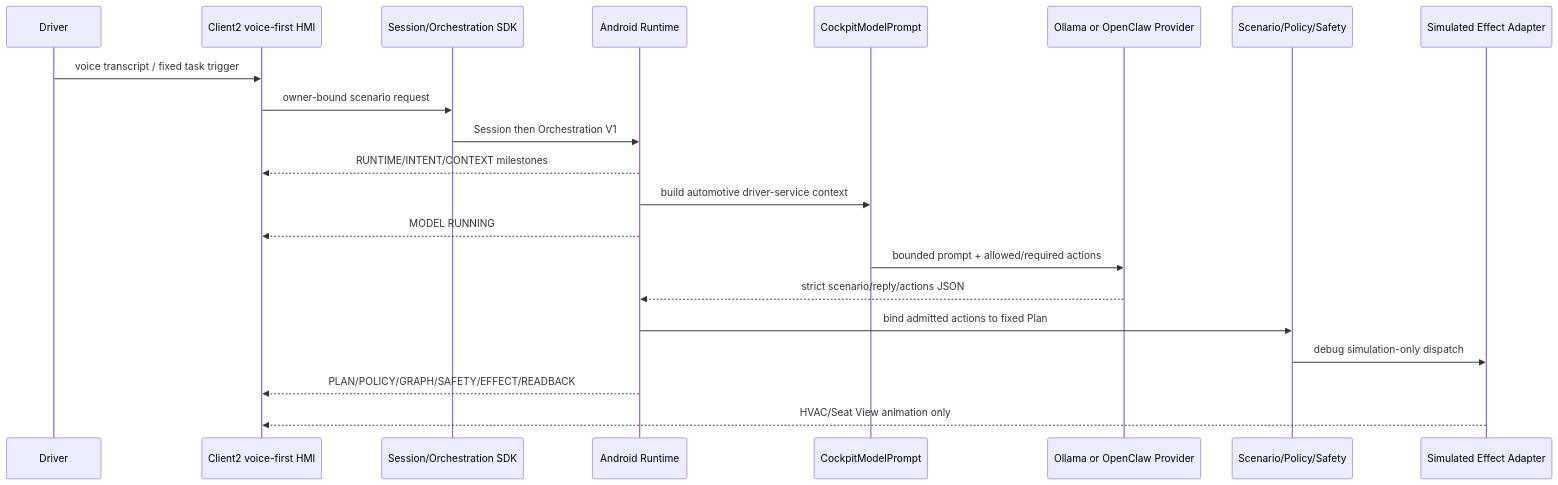
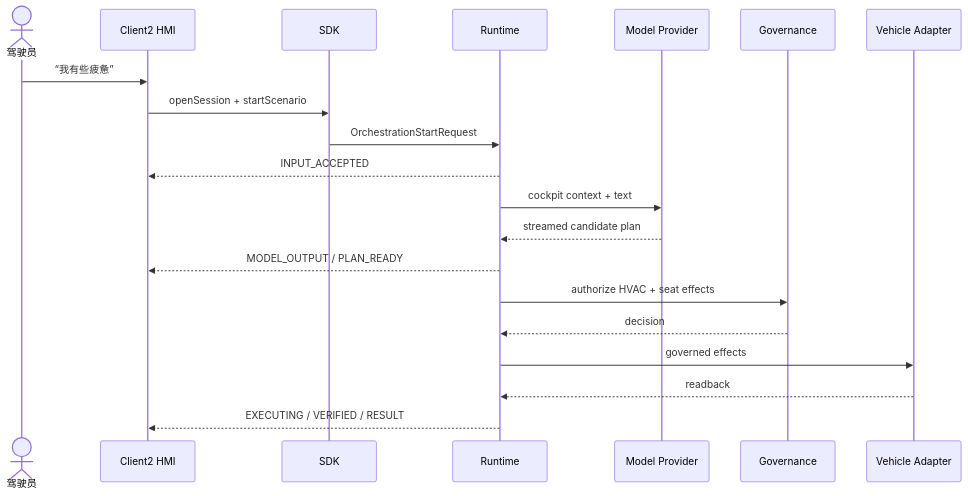
Before and after one commit to LucasWEIchen/CougarOS: the ninth of 15 diagrams in docs/CENTRAL_BRAIN_SOFTWARE_ARCHITECTURE.md, drawn with Mermaid. The commit also changed other lines of this file and 222 other files, not shown here.

````diff
--- a/docs/CENTRAL_BRAIN_SOFTWARE_ARCHITECTURE.md
+++ b/docs/CENTRAL_BRAIN_SOFTWARE_ARCHITECTURE.md
@@ -2113,24 +357,23 @@
 ```mermaid
 sequenceDiagram
-    participant Driver
-    participant HMI as Client2 voice-first HMI
-    participant SDK as Session/Orchestration SDK
-    participant Runtime as Android Runtime
-    participant Context as CockpitModelPrompt
-    participant Model as Ollama or OpenClaw Provider
-    participant Policy as Scenario/Policy/Safety
-    participant Effect as Simulated Effect Adapter
+    actor User as 驾驶员
+    participant H as Client2 HMI
+    participant S as SDK
+    participant R as Runtime
+    participant M as Model Provider
+    participant G as Governance
+    participant A as Vehicle Adapter
 
-    Driver->>HMI: voice transcript / fixed task trigger
-    HMI->>SDK: owner-bound scenario request
-    SDK->>Runtime: Session then Orchestration V1
-    Runtime-->>HMI: RUNTIME/INTENT/CONTEXT milestones
-    Runtime->>Context: build automotive driver-service context
-    Runtime-->>HMI: MODEL RUNNING
-    Context->>Model: bounded prompt + allowed/required actions
-    Model-->>Runtime: strict scenario/reply/actions JSON
-    Runtime->>Policy: bind admitted actions to fixed Plan
-    Policy->>Effect: debug simulation-only dispatch
-    Runtime-->>HMI: PLAN/POLICY/GRAPH/SAFETY/EFFECT/READBACK
-    Effect-->>HMI: HVAC/Seat View animation only
+    User->>H: “我有些疲惫”
+    H->>S: openSession + startScenario
+    S->>R: OrchestrationStartRequest
+    R-->>H: INPUT_ACCEPTED
+    R->>M: cockpit context + text
+    M-->>R: streamed candidate plan
+    R-->>H: MODEL_OUTPUT / PLAN_READY
+    R->>G: authorize HVAC + seat effects
+    G-->>R: decision
+    R->>A: governed effects
+    A-->>R: readback
+    R-->>H: EXECUTING / VERIFIED / RESULT
 ```
````
